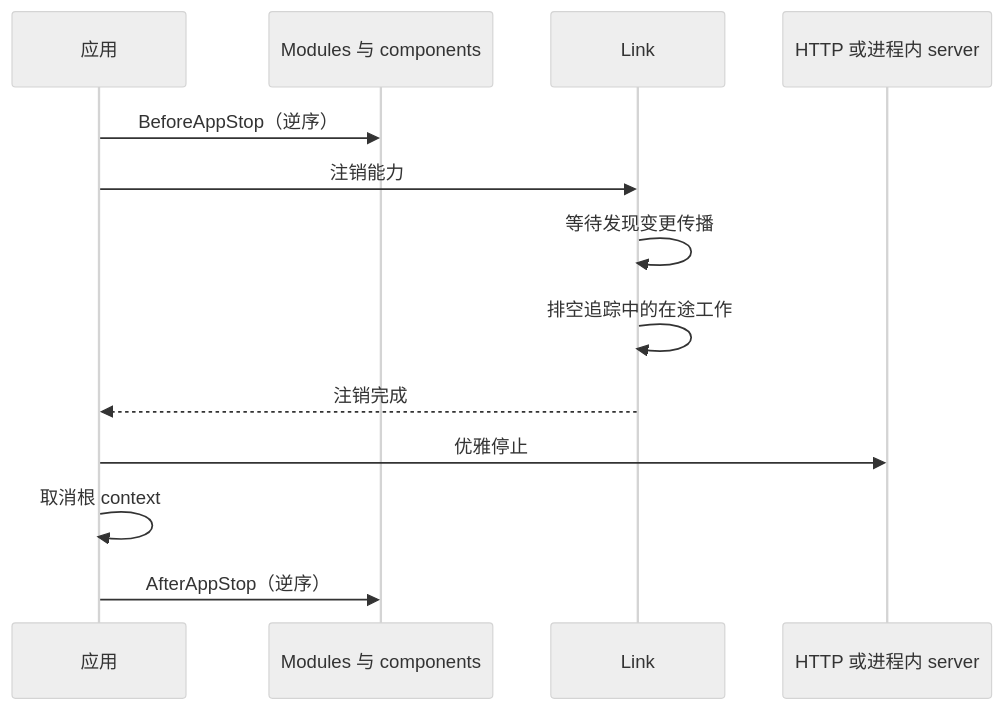
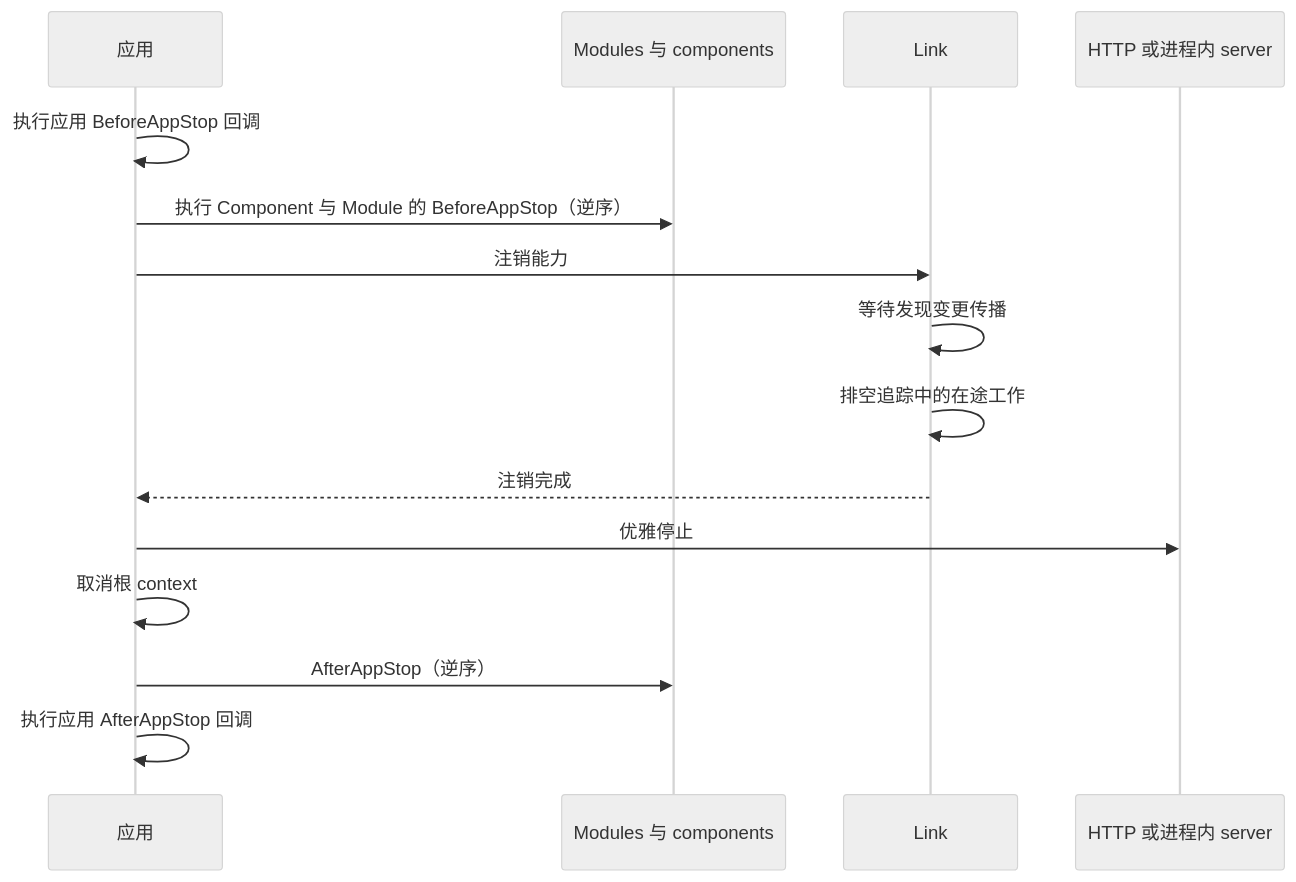
Before and after one commit to yorun-ai/vine-site: the second of 2 diagrams in i18n/zh-CN/docusaurus-plugin-content-docs/current/runtime/application-lifecycle.md, drawn with Mermaid (neutral theme). The commit also changed other lines of this file and 1 other file, not shown here.

````diff
--- a/i18n/zh-CN/docusaurus-plugin-content-docs/current/runtime/application-lifecycle.md
+++ b/i18n/zh-CN/docusaurus-plugin-content-docs/current/runtime/application-lifecycle.md
@@ -128,16 +156,18 @@
 ```mermaid
 sequenceDiagram
   participant App as 应用
   participant Hooks as Modules 与 components
   participant RuntimeLink as Link
   participant Server as HTTP 或进程内 server
 
-  App->>Hooks: BeforeAppStop（逆序）
+  App->>App: 执行应用 BeforeAppStop 回调
+  App->>Hooks: 执行 Component 与 Module 的 BeforeAppStop（逆序）
   App->>RuntimeLink: 注销能力
   RuntimeLink->>RuntimeLink: 等待发现变更传播
   RuntimeLink->>RuntimeLink: 排空追踪中的在途工作
   RuntimeLink-->>App: 注销完成
   App->>Server: 优雅停止
   App->>App: 取消根 context
   App->>Hooks: AfterAppStop（逆序）
+  App->>App: 执行应用 AfterAppStop 回调
 ```
````
